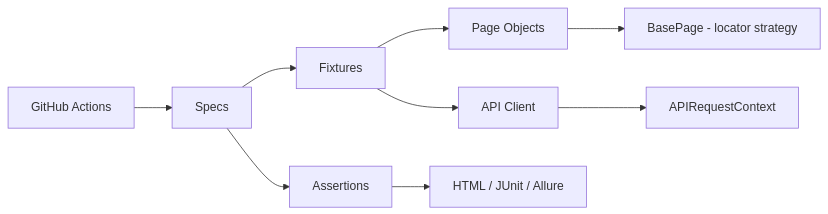
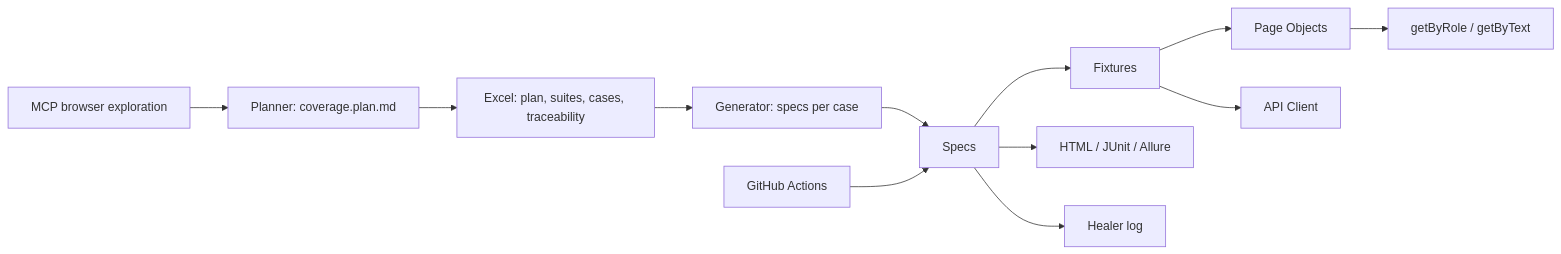
The diagram in README.md (sharif-jobayed/playwright-qa-framework), drawn with Mermaid before and after one commit. The commit also changed other lines of this file and 18 other files, not shown here.

Commit message:
feat: plan-driven saucedemo suite with manual artifacts and role locators

````diff
--- a/README.md
+++ b/README.md
@@ -50,11 +62,14 @@
 ```mermaid
 flowchart LR
-    A[Specs] --> B[Fixtures]
-    B --> C[Page Objects]
-    B --> D[API Client]
-    C --> E[BasePage - locator strategy]
-    D --> F[APIRequestContext]
-    A --> G[Assertions]
-    G --> H[HTML / JUnit / Allure]
+    E[MCP browser exploration] --> P[Planner: coverage.plan.md]
+    P --> X[Excel: plan, suites, cases, traceability]
+    X --> G[Generator: specs per case]
+    G --> A[Specs]
+    A --> F[Fixtures]
+    F --> O[Page Objects]
+    O --> L[getByRole / getByText]
+    F --> C[API Client]
+    A --> R[HTML / JUnit / Allure]
+    A --> H[Healer log]
     I[GitHub Actions] --> A
 ```
````
